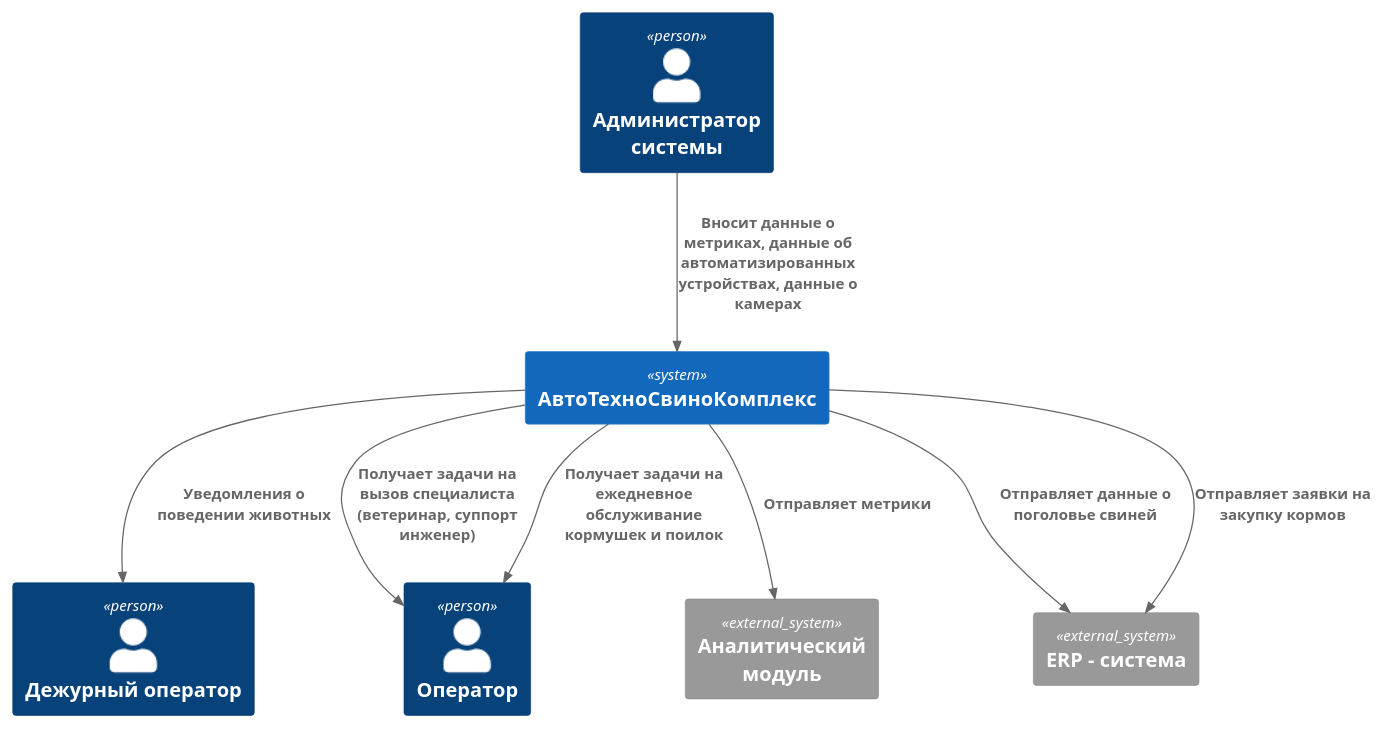
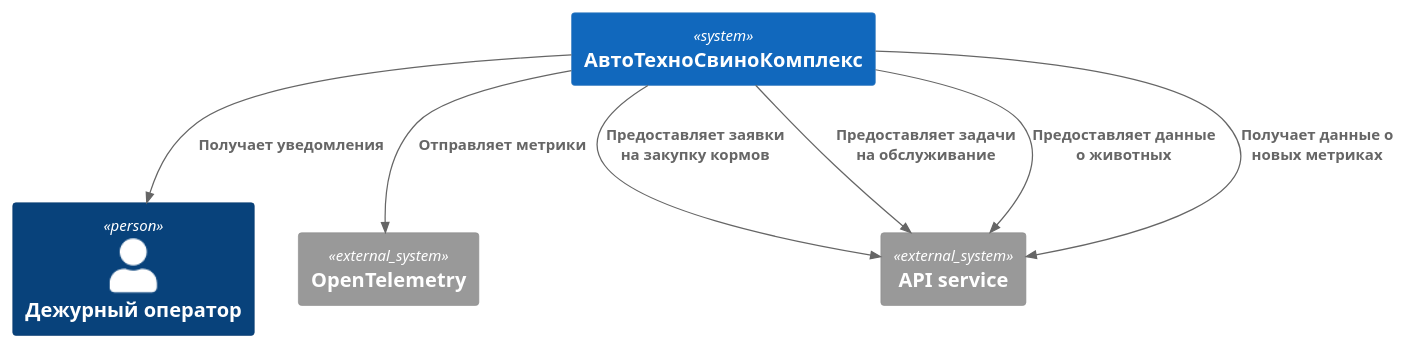
Before and after one commit to mirray/MSA-AgroTech: the diagram in Task1/ATCK_C4_Context_alternative.puml, drawn with PlantUML. The commit also changed 9 other files, not shown here.

```diff
--- a/Task1/ATCK_C4_Context_alternative.puml
+++ b/Task1/ATCK_C4_Context_alternative.puml
@@ -1,20 +1,18 @@
 @startuml Архитектура_АвтоТехноСвиноКомплекс_v1_Альтернативное_Решение
 !include <C4/C4_Context>
 
-' === Участники ===
 Person(duty_operator, "Дежурный оператор")
-Person(operator, "Оператор")
-Person(admin, "Администратор системы")
 
-System_Ext(analytic, "Аналитический модуль")
-System_Ext(erp, "ERP - система")
 System(atck, "АвтоТехноСвиноКомплекс")
 
-Rel(atck, duty_operator, "Уведомления о поведении животных")
-Rel(atck, operator, "Получает задачи на вызов специалиста (ветеринар, суппорт инженер)")
-Rel(atck, operator, "Получает задачи на ежедневное обслуживание кормушек и поилок")
-Rel(atck, analytic, "Отправляет метрики")
-Rel(atck, erp, "Отправляет данные о поголовье свиней")
-Rel(atck, erp, "Отправляет заявки на закупку кормов")
-Rel(admin, atck, "Вносит данные о метриках, данные об автоматизированных устройствах, данные о камерах")
+Rel(atck, duty_operator, "Получает уведомления")
+
+System_Ext(open_telemetry, "OpenTelemetry")
+System_Ext(api, "API service")
+
+Rel(atck, open_telemetry, "Отправляет метрики")
+Rel(atck, api, "Предоставляет заявки на закупку кормов")
+Rel(atck, api, "Предоставляет задачи на обслуживание")
+Rel(atck, api, "Предоставляет данные о животных")
+Rel(atck, api, "Получает данные о новых метриках")
 @enduml
```
